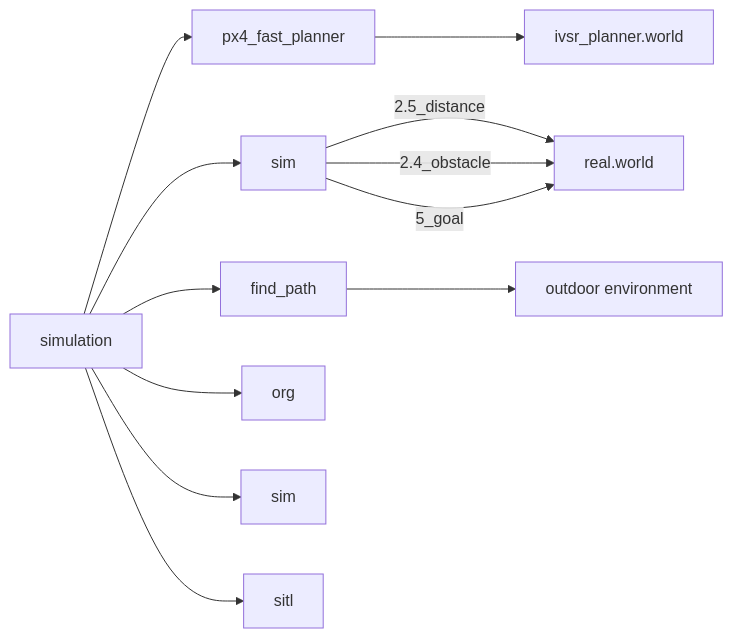
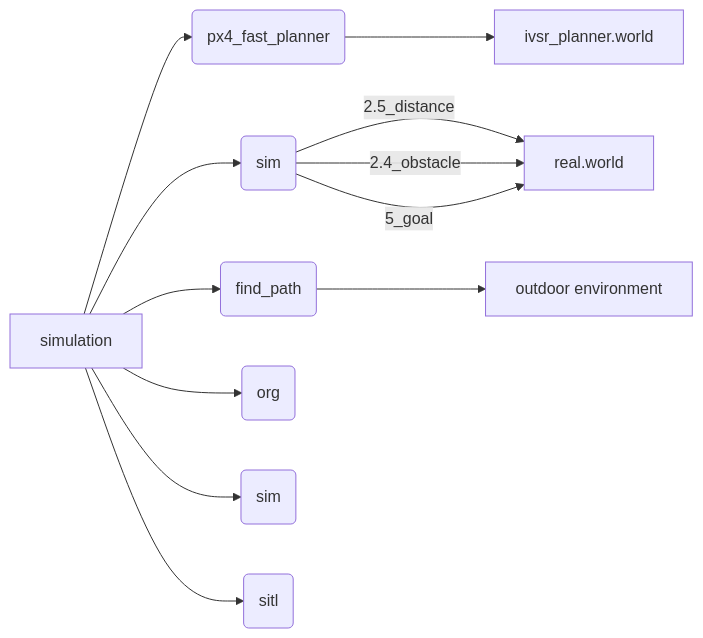
Before and after one commit to Dieptranivsr/drone_extend: the fourth of 4 diagrams in README.md, drawn with Mermaid.

````diff
--- a/README.md
+++ b/README.md
@@ -33,15 +33,15 @@
 ```mermaid
 flowchart LR 
 
-A[simulation] --> B[px4_fast_planner];
-B --> C[ivsr_planner.world];
-A --> D[sim];
-D -->|2.5_distance| E[real.world];
-D -->|2.4_obstacle| E;
-D -->|5_goal| E;
-A --> F[find_path];
+A[simulation] --> B(px4_fast_planner)
+B --> C[ivsr_planner.world]
+A --> D(sim)
+D -->|2.5_distance| E[real.world]
+D -->|2.4_obstacle| E
+D -->|5_goal| E
+A --> F(find_path)
 F --> G[outdoor environment]
-A --> H[org]
-A --> J[sim]
-A --> K[sitl]
+A --> H(org)
+A --> J(sim)
+A --> K(sitl)
 ```
````
